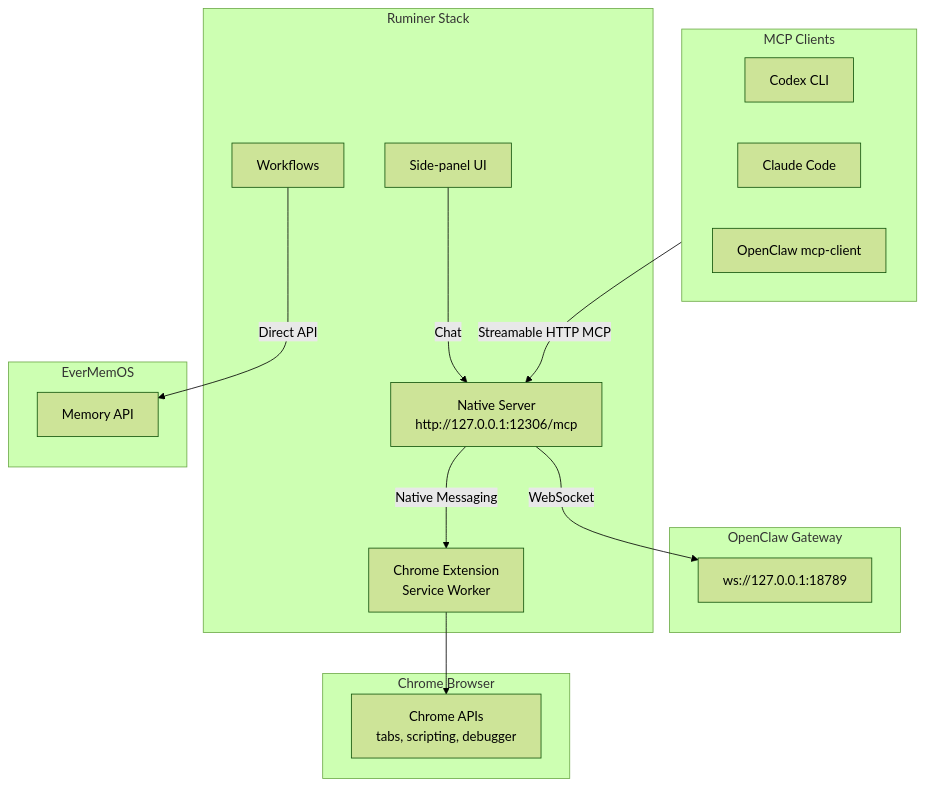
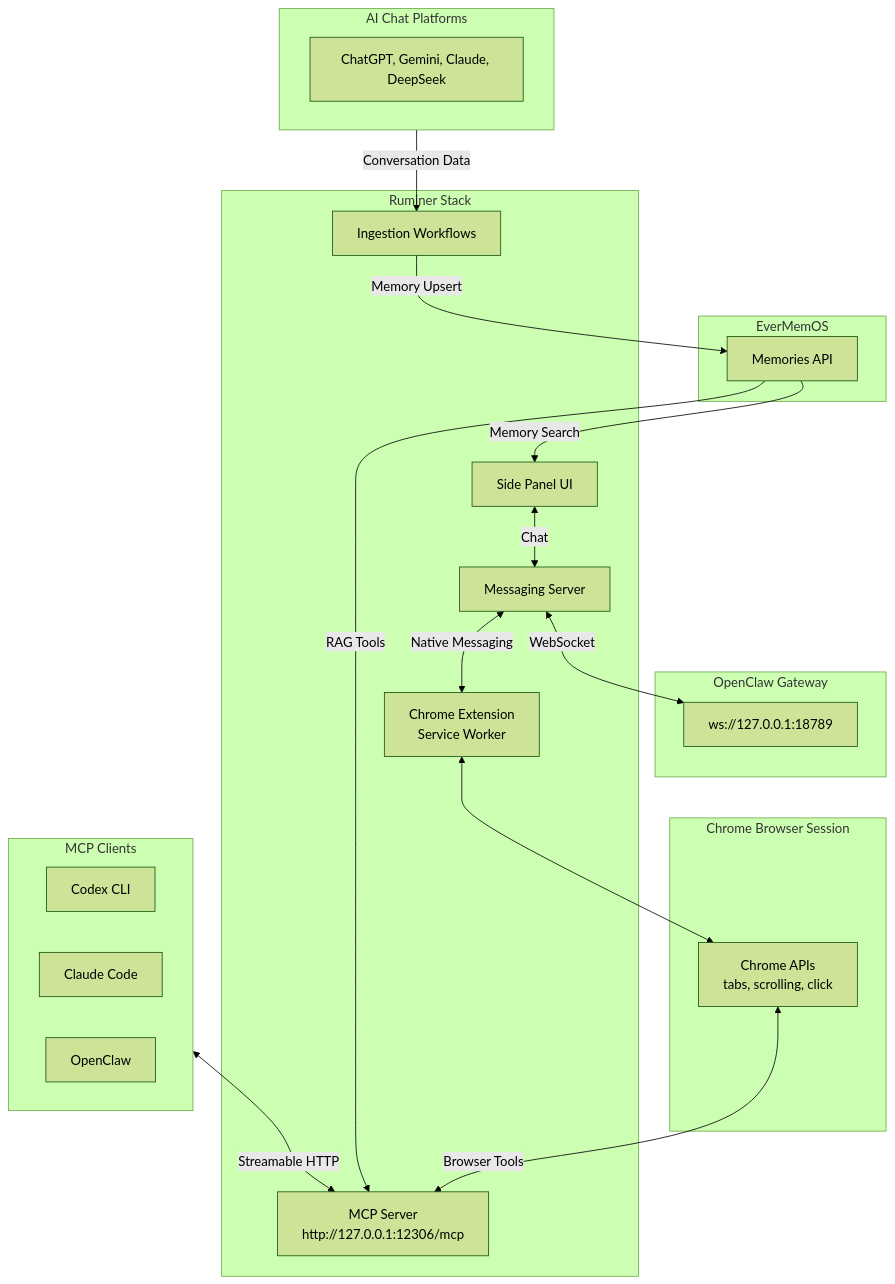
The diagram in README.md (casterkay/ruminer-browser-agent), drawn with Mermaid (forest theme) before and after one commit.

Commit message:
refactor: update flowchart in README to clarify server roles and improve terminology

````diff
--- a/README.md
+++ b/README.md
@@ -31,36 +31,47 @@
 ```mermaid
 flowchart TB
     subgraph MCP_Clients[MCP Clients]
         Codex[Codex CLI]
         ClaudeCode[Claude Code]
-        OpenClawPlugin[OpenClaw mcp-client]
+        OpenClawPlugin[OpenClaw]
     end
 
     subgraph OpenClaw[OpenClaw Gateway]
         Gateway[ws://127.0.0.1:18789]
     end
 
     subgraph Ruminer[Ruminer Stack]
-        NativeServer[Native Server<br/>http://127.0.0.1:12306/mcp]
+        NativeServer[Messaging Server]
+        McpServer[MCP Server<br/>http://127.0.0.1:12306/mcp]
         Extension[Chrome Extension<br/>Service Worker]
-        Sidepanel[Side-panel UI]
-        Workflows[Workflows]
+        Sidepanel[Side Panel UI]
+        Workflows[Ingestion Workflows]
     end
 
-    subgraph Chrome[Chrome Browser]
-        APIs[Chrome APIs<br/>tabs, scripting, debugger]
+    subgraph Chrome[Chrome Browser Session]
+        APIs[Chrome APIs<br/>tabs, scrolling, click]
     end
 
     subgraph Memory[EverMemOS]
-        EMOS[Memory API]
+        EMOS[Memories API]
     end
 
-    MCP_Clients -->|"Streamable HTTP MCP"| NativeServer
-    NativeServer -->|"Native Messaging"| Extension
-    Extension --> APIs
+    subgraph AIPlatforms[AI Chat Platforms]
+        ChatPlatforms[ChatGPT, Gemini, Claude, DeepSeek]
+    end
 
-    Sidepanel -->|"Chat"| NativeServer
-    NativeServer -->|"WebSocket"| Gateway
+    MCP_Clients <-->|"Streamable HTTP"| McpServer
+    APIs <-->|"Browser Tools"| McpServer
+    EMOS -->|"RAG Tools"| McpServer
 
-    Workflows -->|"Direct API"| EMOS
+    NativeServer <-->|"Native Messaging"| Extension
+    Extension <--> APIs
+
+    Sidepanel <-->|"Chat"| NativeServer
+    NativeServer <-->|"WebSocket"| Gateway
+
+    Workflows -->|"Memory Upsert"| EMOS
+    EMOS -->|"Memory Search"| Sidepanel
+
+    AIPlatforms -->|"Conversation Data"| Workflows
 ```
````
